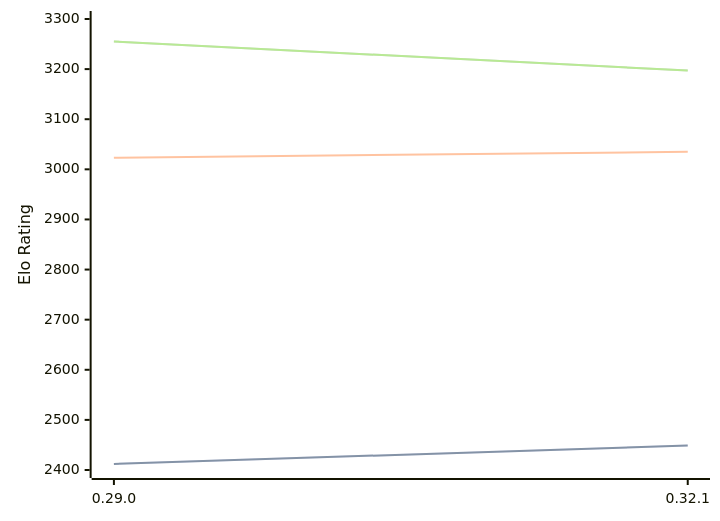
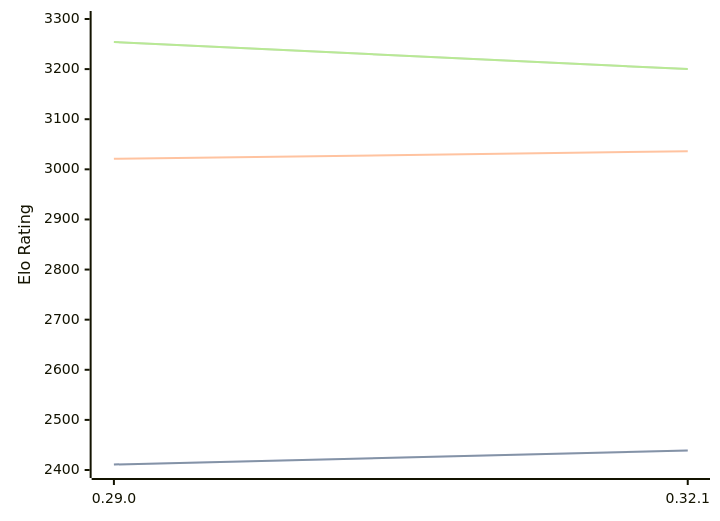
Before and after one commit to computer-chess-index/cci: the diagram in engines/Lc0.md, drawn with Mermaid. The commit also changed other lines of this file, not shown here.

Commit message:
Update CCI Ratings (ELO VLTC) - 2026-04-06

````diff
--- a/engines/Lc0.md
+++ b/engines/Lc0.md
@@ -68,11 +68,11 @@
 ```mermaid
 %%{init: {"theme":"base","themeVariables":{"seriesColors:['#a3a3a3','#222221','#faa371']}}}%%
 xychart-beta
   x-axis ["0.29.0", "0.32.1"]
   y-axis "Elo Rating" 2400 --> 3300
-  line "STC (8.0+0.08s)" [2412, 2449]
-  line "STC (8.0+0.08s)" [2412, 2449]
-  line "LTC (60.0+0.60s)" [3023, 3035]
-  line "VLTC (2m24s+1.12s)" [3255, 3197]
-  line "VLTC (2m24s+1.12s)" [3255, 3197]
+  line "STC (8.0+0.08s)" [2411, 2439]
+  line "STC (8.0+0.08s)" [2411, 2439]
+  line "LTC (60.0+0.60s)" [3021, 3036]
+  line "VLTC (2m24s+1.12s)" [3254, 3200]
+  line "VLTC (2m24s+1.12s)" [3254, 3200]
 ```
````
